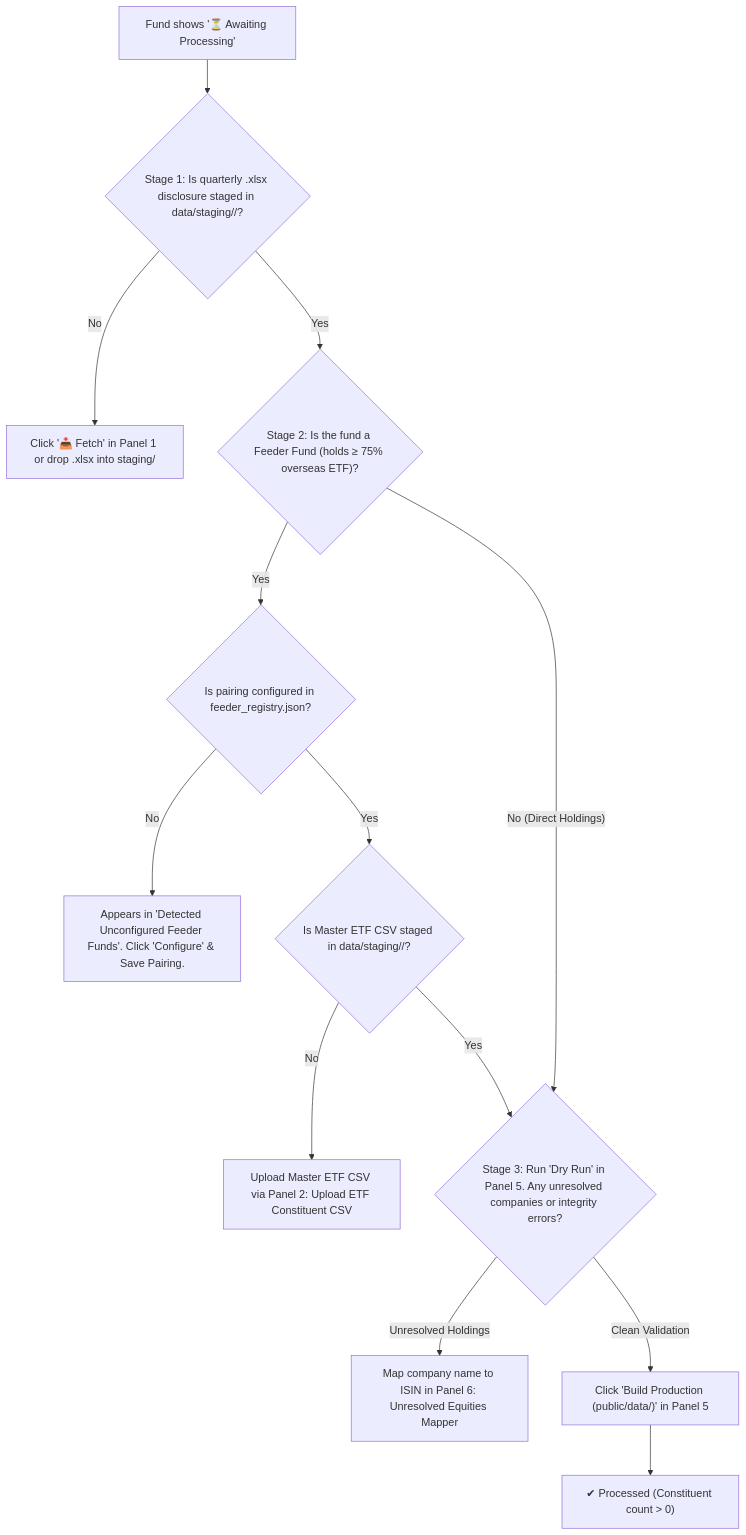
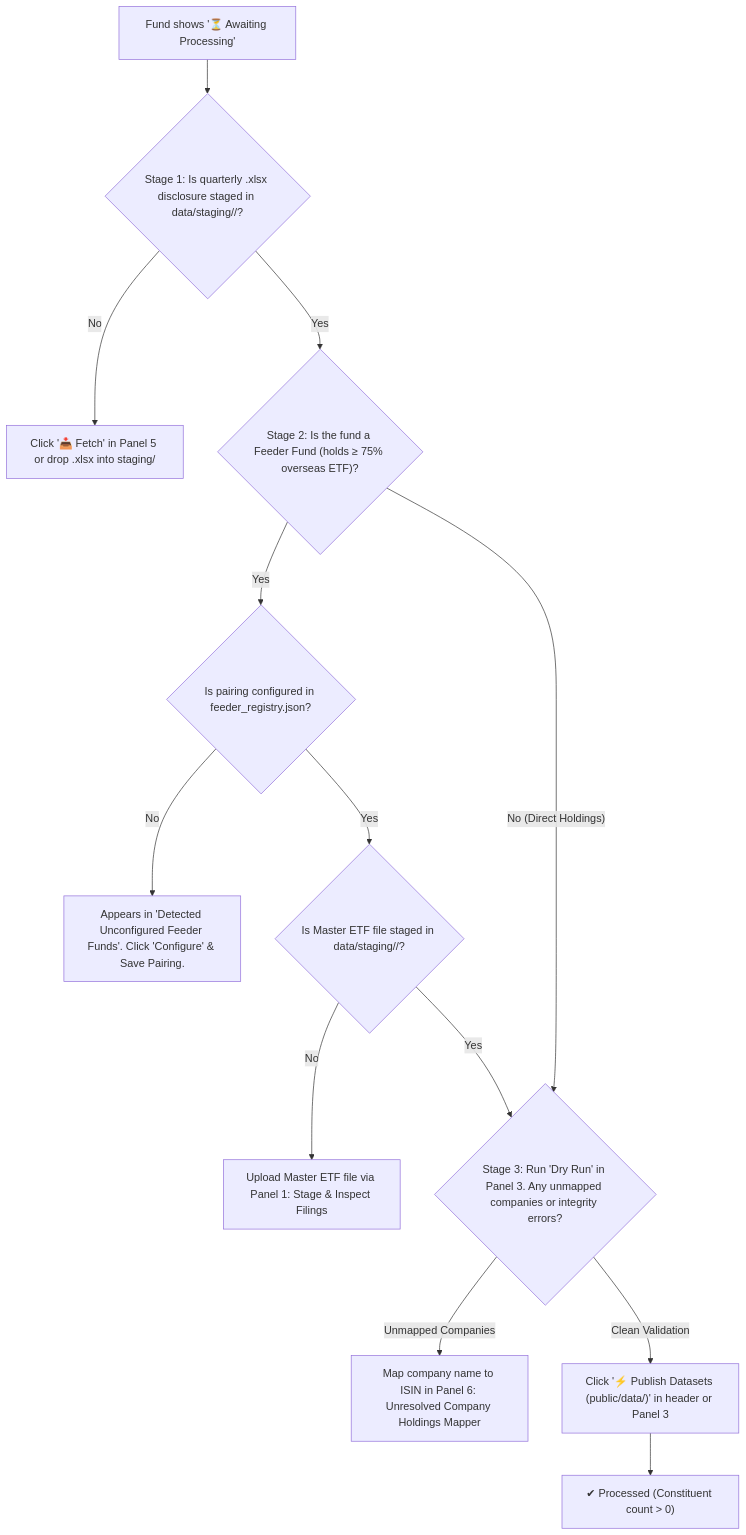
Before and after one commit to SusanJaneNZ/kiwi-portfolio-xray: the first of 2 diagrams in docs/ADMIN_GUIDE.md, drawn with Mermaid. The commit also changed other lines of this file and 10 other files, not shown here.

````diff
--- a/docs/ADMIN_GUIDE.md
+++ b/docs/ADMIN_GUIDE.md
@@ -143,15 +143,15 @@
 ```mermaid
 flowchart TD
     Start["Fund shows '⏳ Awaiting Processing'"] --> Check1{"Stage 1: Is quarterly .xlsx disclosure staged in data/staging/<manager>/?"}
-    Check1 -- "No" --> Action1["Click '📥 Fetch' in Panel 1 or drop .xlsx into staging/"]
+    Check1 -- "No" --> Action1["Click '📥 Fetch' in Panel 5 or drop .xlsx into staging/"]
     Check1 -- "Yes" --> Check2{"Stage 2: Is the fund a Feeder Fund (holds ≥ 75% overseas ETF)?"}
     Check2 -- "Yes" --> CheckPair{"Is pairing configured in feeder_registry.json?"}
     CheckPair -- "No" --> ActionPair["Appears in 'Detected Unconfigured Feeder Funds'. Click 'Configure' & Save Pairing."]
-    CheckPair -- "Yes" --> CheckMaster{"Is Master ETF CSV staged in data/staging/<master_provider>/?"}
-    CheckMaster -- "No" --> ActionMaster["Upload Master ETF CSV via Panel 2: Upload ETF Constituent CSV"]
+    CheckPair -- "Yes" --> CheckMaster{"Is Master ETF file staged in data/staging/<master_provider>/?"}
+    CheckMaster -- "No" --> ActionMaster["Upload Master ETF file via Panel 1: Stage & Inspect Filings"]
     CheckMaster -- "Yes" --> Check3
-    Check2 -- "No (Direct Holdings)" --> Check3{"Stage 3: Run 'Dry Run' in Panel 5. Any unresolved companies or integrity errors?"}
-    Check3 -- "Unresolved Holdings" --> ActionAlias["Map company name to ISIN in Panel 6: Unresolved Equities Mapper"]
-    Check3 -- "Clean Validation" --> ActionCompile["Click 'Build Production (public/data/)' in Panel 5"]
+    Check2 -- "No (Direct Holdings)" --> Check3{"Stage 3: Run 'Dry Run' in Panel 3. Any unmapped companies or integrity errors?"}
+    Check3 -- "Unmapped Companies" --> ActionAlias["Map company name to ISIN in Panel 6: Unresolved Company Holdings Mapper"]
+    Check3 -- "Clean Validation" --> ActionCompile["Click '⚡ Publish Datasets (public/data/)' in header or Panel 3"]
     ActionCompile --> Done["✔ Processed (Constituent count > 0)"]
 ```
````
